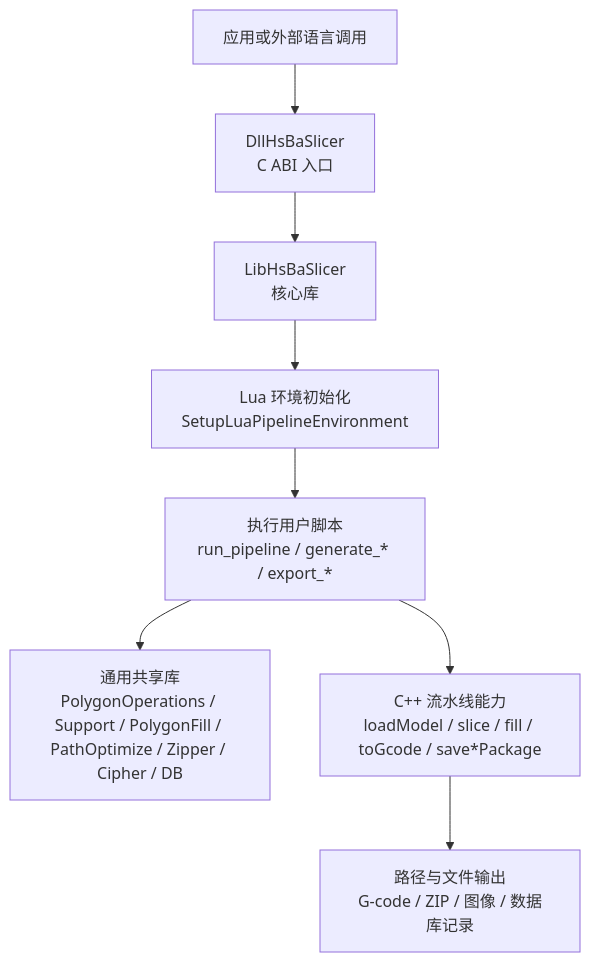
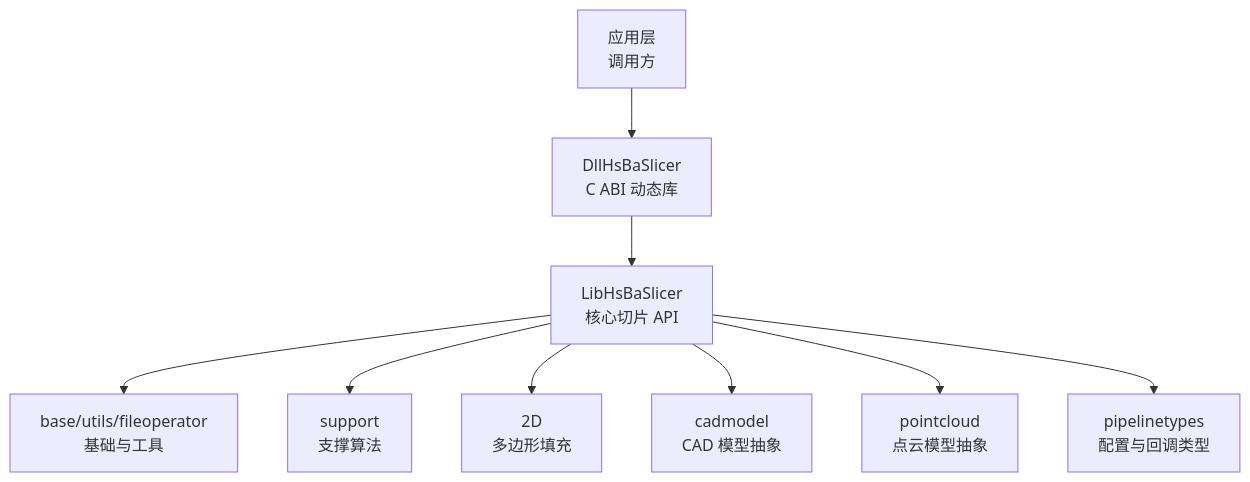
Before and after one commit to hsmbanlance/HsBaSlicer: the first of 9 diagrams in .qoder/repowiki/zh/content/扩展开发指南/扩展开发指南.md, drawn with Mermaid. The commit also changed other lines of this file and 1135 other files, not shown here.

````diff
--- a/.qoder/repowiki/zh/content/扩展开发指南/扩展开发指南.md
+++ b/.qoder/repowiki/zh/content/扩展开发指南/扩展开发指南.md
@@ -40,10 +52,11 @@
 ```mermaid
 graph TB
-A["应用或外部语言调用"] --> B["DllHsBaSlicer<br/>C ABI 入口"]
-B --> C["LibHsBaSlicer<br/>核心库"]
-C --> D["Lua 环境初始化<br/>SetupLuaPipelineEnvironment"]
-D --> E["执行用户脚本<br/>run_pipeline / generate_* / export_*"]
-E --> F["通用共享库<br/>PolygonOperations / Support / PolygonFill / PathOptimize / Zipper / Cipher / DB"]
-E --> G["C++ 流水线能力<br/>loadModel / slice / fill / toGcode / save*Package"]
-G --> H["路径与文件输出<br/>G-code / ZIP / 图像 / 数据库记录"]
+A["应用层<br/>调用方"] --> B["DllHsBaSlicer<br/>C ABI 动态库"]
+B --> C["LibHsBaSlicer<br/>核心切片 API"]
+C --> D["base/utils/fileoperator<br/>基础与工具"]
+C --> E["support<br/>支撑算法"]
+C --> F["2D<br/>多边形填充"]
+C --> G["cadmodel<br/>CAD 模型抽象"]
+C --> H["pointcloud<br/>点云模型抽象"]
+C --> I["pipelinetypes<br/>配置与回调类型"]
 ```
````
